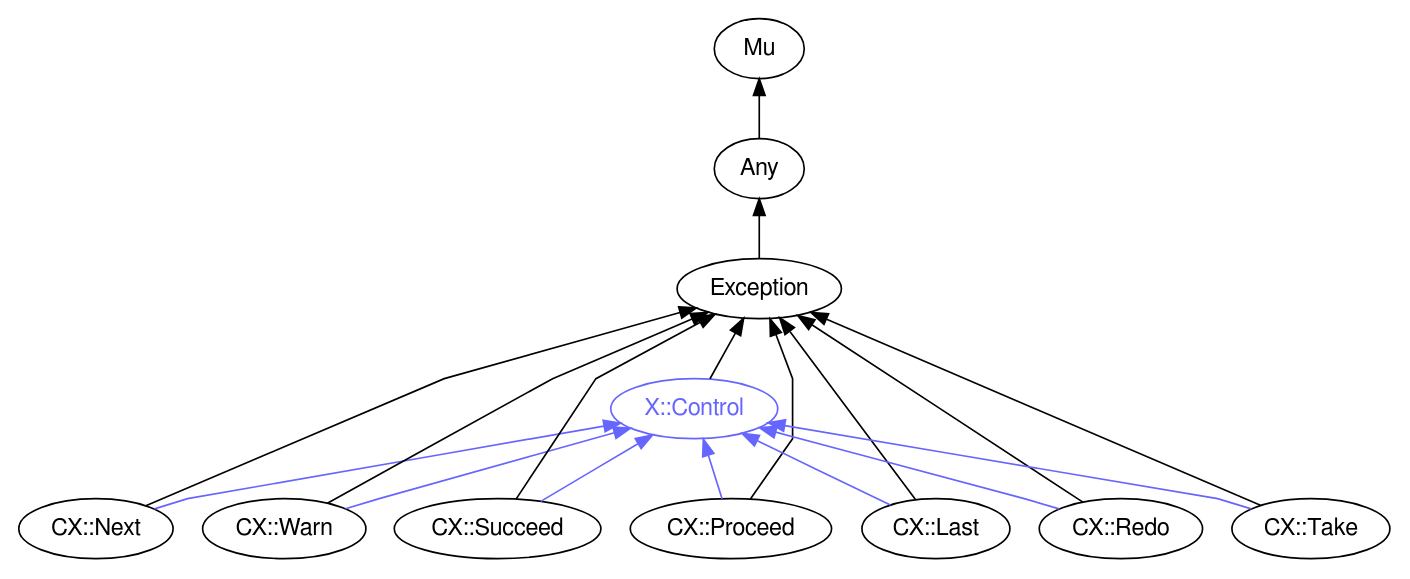
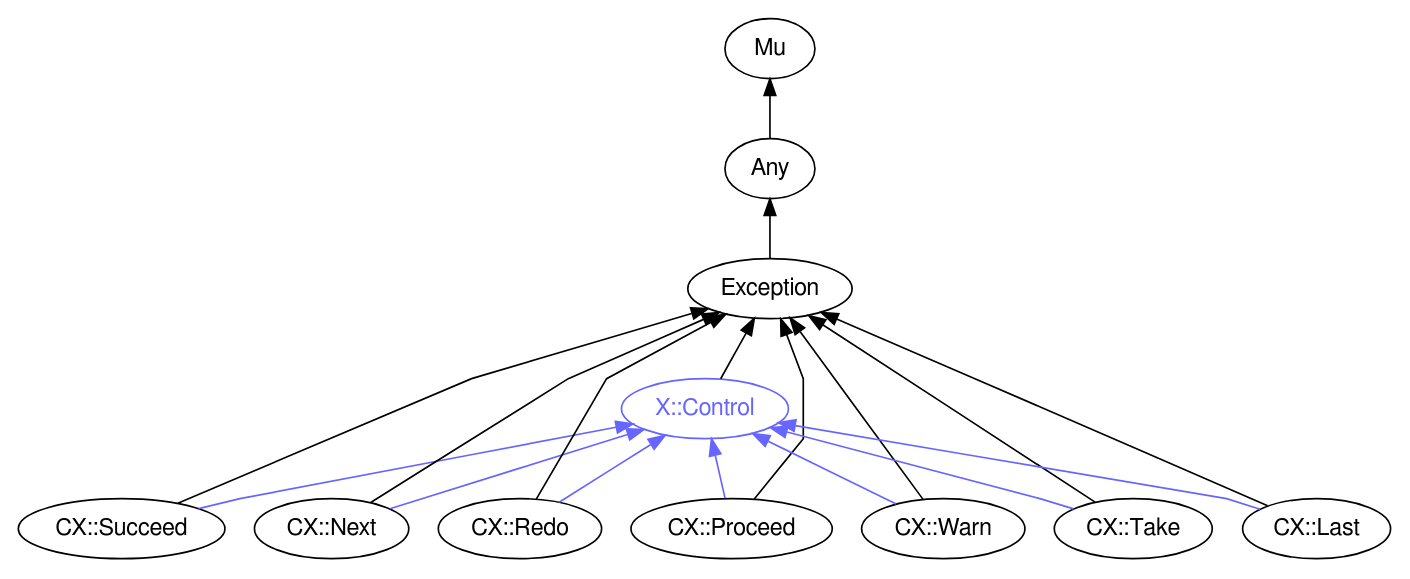
Before and after one commit to perl6docs/perl6docs.github.io: the diagram in images/type-graph-X::Control.svg.dot, drawn with Graphviz. The commit also changed other lines of this file and 4420 other files, not shown here.

```diff
--- a/images/type-graph-X::Control.svg.dot
+++ b/images/type-graph-X::Control.svg.dot
@@ -1,38 +1,38 @@
 digraph "perl6-type-graph" {
     rankdir=BT;
     splines=polyline;
     overlap=false; 
     // Types
     "X::Control" [color="#6666FF", fontcolor="#6666FF", href="/type/X::Control", fontname="FreeSans"];
     "Mu" [color="#000000", fontcolor="#000000", href="/type/Mu", fontname="FreeSans"];
     "Any" [color="#000000", fontcolor="#000000", href="/type/Any", fontname="FreeSans"];
     "Exception" [color="#000000", fontcolor="#000000", href="/type/Exception", fontname="FreeSans"];
+    "CX::Succeed" [color="#000000", fontcolor="#000000", href="/type/CX::Succeed", fontname="FreeSans"];
     "CX::Next" [color="#000000", fontcolor="#000000", href="/type/CX::Next", fontname="FreeSans"];
+    "CX::Redo" [color="#000000", fontcolor="#000000", href="/type/CX::Redo", fontname="FreeSans"];
+    "CX::Proceed" [color="#000000", fontcolor="#000000", href="/type/CX::Proceed", fontname="FreeSans"];
     "CX::Warn" [color="#000000", fontcolor="#000000", href="/type/CX::Warn", fontname="FreeSans"];
-    "CX::Succeed" [color="#000000", fontcolor="#000000", href="/type/CX::Succeed", fontname="FreeSans"];
-    "CX::Proceed" [color="#000000", fontcolor="#000000", href="/type/CX::Proceed", fontname="FreeSans"];
+    "CX::Take" [color="#000000", fontcolor="#000000", href="/type/CX::Take", fontname="FreeSans"];
     "CX::Last" [color="#000000", fontcolor="#000000", href="/type/CX::Last", fontname="FreeSans"];
-    "CX::Redo" [color="#000000", fontcolor="#000000", href="/type/CX::Redo", fontname="FreeSans"];
-    "CX::Take" [color="#000000", fontcolor="#000000", href="/type/CX::Take", fontname="FreeSans"];
 
     // Superclasses
     "X::Control" -> "Exception" [color="#000000"];
     "Any" -> "Mu" [color="#000000"];
     "Exception" -> "Any" [color="#000000"];
+    "CX::Succeed" -> "Exception" [color="#000000"];
     "CX::Next" -> "Exception" [color="#000000"];
+    "CX::Redo" -> "Exception" [color="#000000"];
+    "CX::Proceed" -> "Exception" [color="#000000"];
     "CX::Warn" -> "Exception" [color="#000000"];
-    "CX::Succeed" -> "Exception" [color="#000000"];
-    "CX::Proceed" -> "Exception" [color="#000000"];
+    "CX::Take" -> "Exception" [color="#000000"];
     "CX::Last" -> "Exception" [color="#000000"];
-    "CX::Redo" -> "Exception" [color="#000000"];
-    "CX::Take" -> "Exception" [color="#000000"];
 
     // Roles
+    "CX::Succeed" -> "X::Control" [color="#6666FF"];
     "CX::Next" -> "X::Control" [color="#6666FF"];
+    "CX::Redo" -> "X::Control" [color="#6666FF"];
+    "CX::Proceed" -> "X::Control" [color="#6666FF"];
     "CX::Warn" -> "X::Control" [color="#6666FF"];
-    "CX::Succeed" -> "X::Control" [color="#6666FF"];
-    "CX::Proceed" -> "X::Control" [color="#6666FF"];
+    "CX::Take" -> "X::Control" [color="#6666FF"];
     "CX::Last" -> "X::Control" [color="#6666FF"];
-    "CX::Redo" -> "X::Control" [color="#6666FF"];
-    "CX::Take" -> "X::Control" [color="#6666FF"];
 }
```
